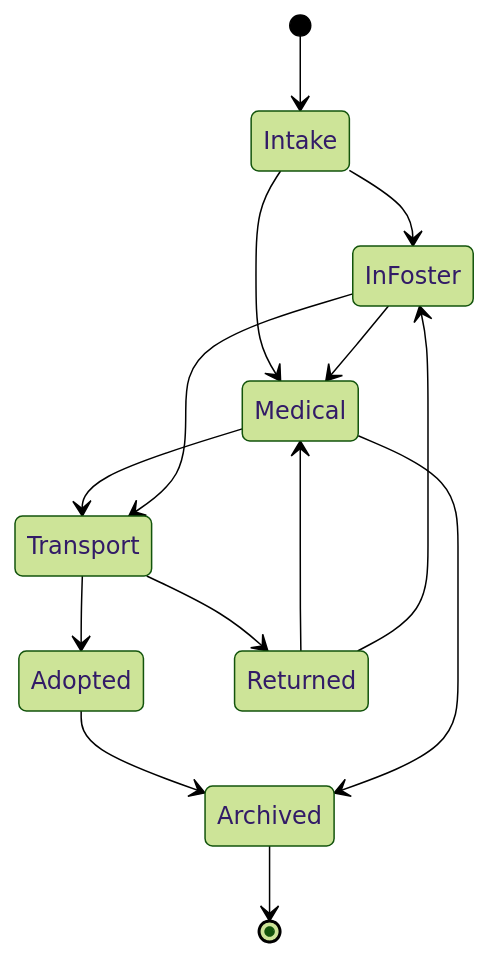
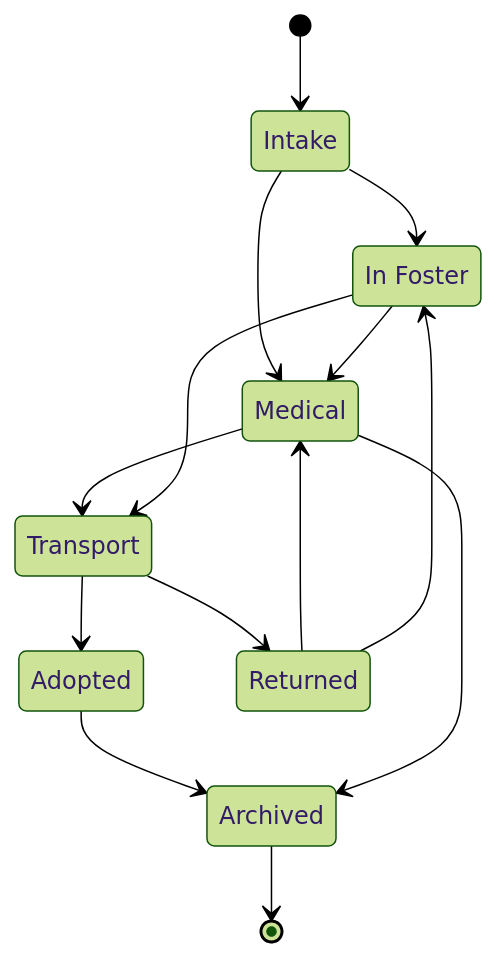
Before and after one commit to KRUKMAN/fafiq-app: the diagram in docs/diagrams/states/01_dog_lifecycle.mmd, drawn with Mermaid (forest theme). The commit also changed 15 other files, not shown here.

```diff
--- a/docs/diagrams/states/01_dog_lifecycle.mmd
+++ b/docs/diagrams/states/01_dog_lifecycle.mmd
@@ -1,14 +1,15 @@
 stateDiagram-v2
   [*] --> Intake
+  state "In Foster" as InFoster
   Intake --> InFoster
   Intake --> Medical
   InFoster --> Medical
   Medical --> Transport
   InFoster --> Transport
   Transport --> Adopted
   Transport --> Returned
   Returned --> Medical
   Returned --> InFoster
   Adopted --> Archived
   Medical --> Archived
   Archived --> [*]
```
